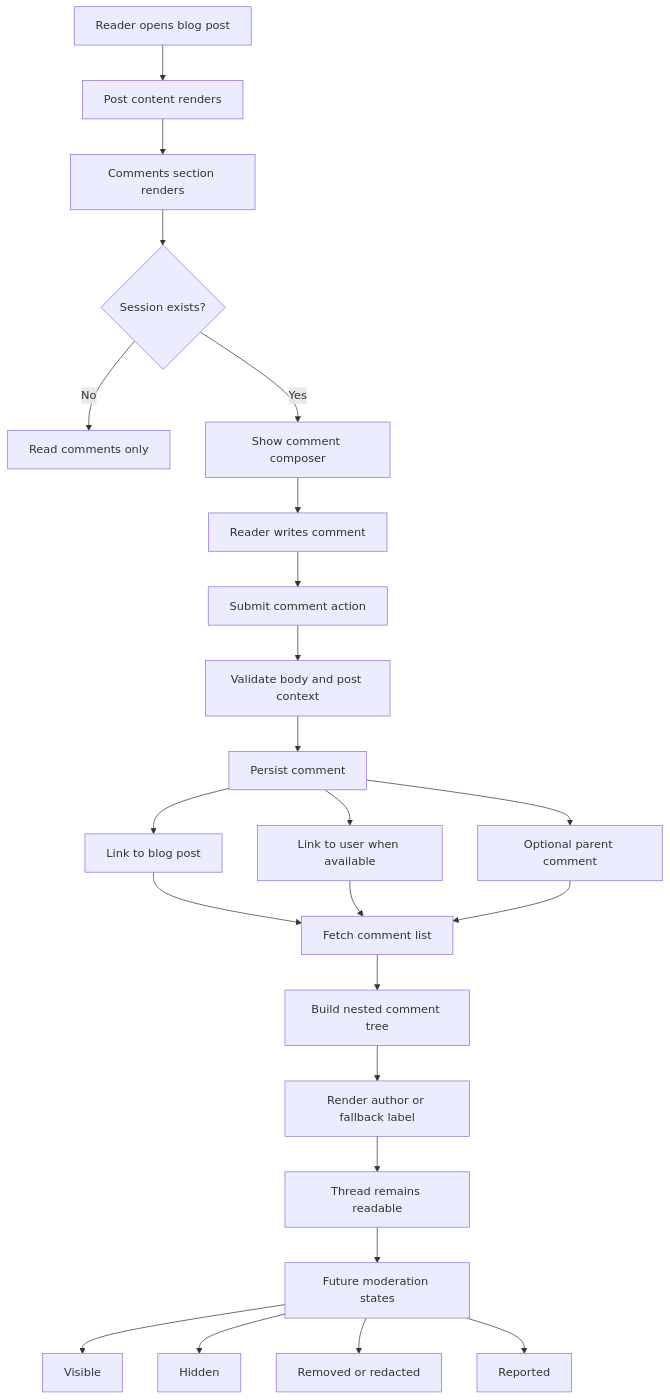
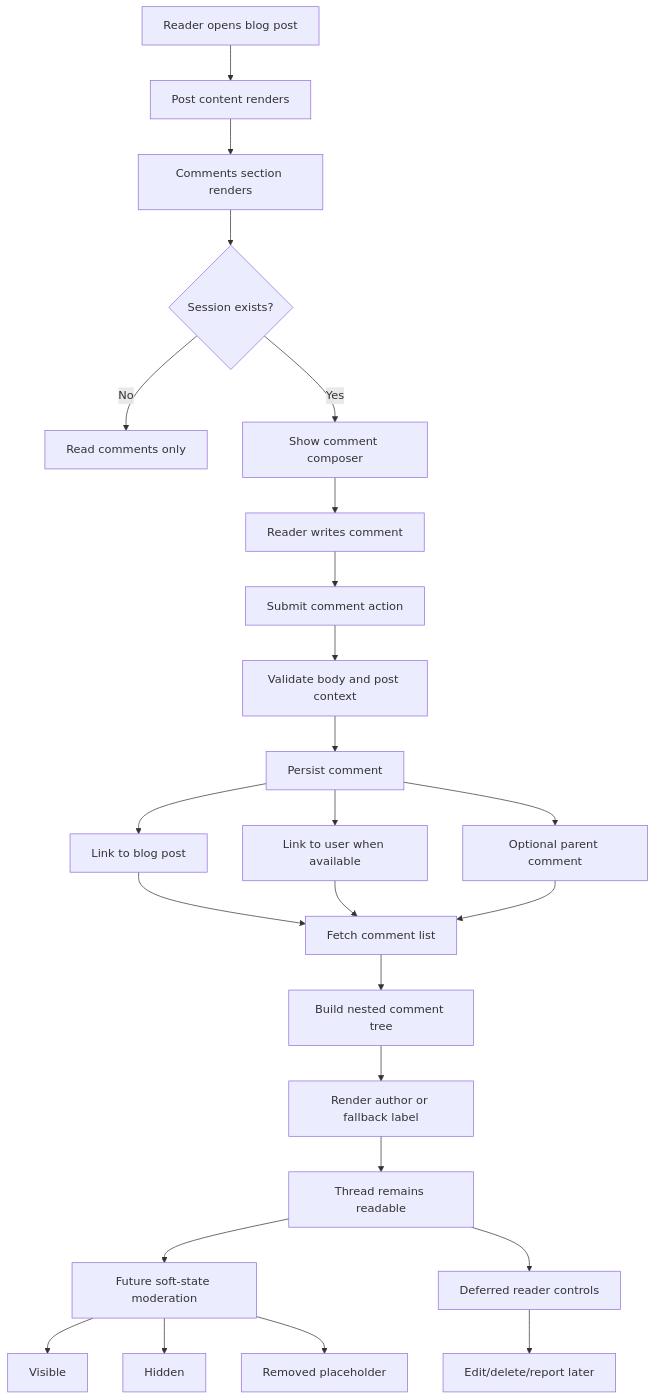
Before and after one commit to TheThouZands/portfolio: the diagram in analysis/design/diagrams/pf-diag-004-blog-comment-flow.md, drawn with Mermaid. The commit also changed other lines of this file and 16 other files, not shown here.

````diff
--- a/analysis/design/diagrams/pf-diag-004-blog-comment-flow.md
+++ b/analysis/design/diagrams/pf-diag-004-blog-comment-flow.md
@@ -23,30 +24,31 @@
 ```mermaid
 flowchart TD
   A["Reader opens blog post"] --> B["Post content renders"]
   B --> C["Comments section renders"]
   C --> D{"Session exists?"}
 
   D -->|No| E["Read comments only"]
   D -->|Yes| F["Show comment composer"]
 
   F --> G["Reader writes comment"]
   G --> H["Submit comment action"]
   H --> I["Validate body and post context"]
   I --> J["Persist comment"]
   J --> K["Link to blog post"]
   J --> L["Link to user when available"]
   J --> M["Optional parent comment"]
 
   K --> N["Fetch comment list"]
   L --> N
   M --> N
   N --> O["Build nested comment tree"]
   O --> P["Render author or fallback label"]
   P --> Q["Thread remains readable"]
 
-  Q --> R["Future moderation states"]
+  Q --> R["Future soft-state moderation"]
   R --> S["Visible"]
   R --> T["Hidden"]
-  R --> U["Removed or redacted"]
-  R --> V["Reported"]
+  R --> U["Removed placeholder"]
+  Q --> V["Deferred reader controls"]
+  V --> W["Edit/delete/report later"]
 ```
````
